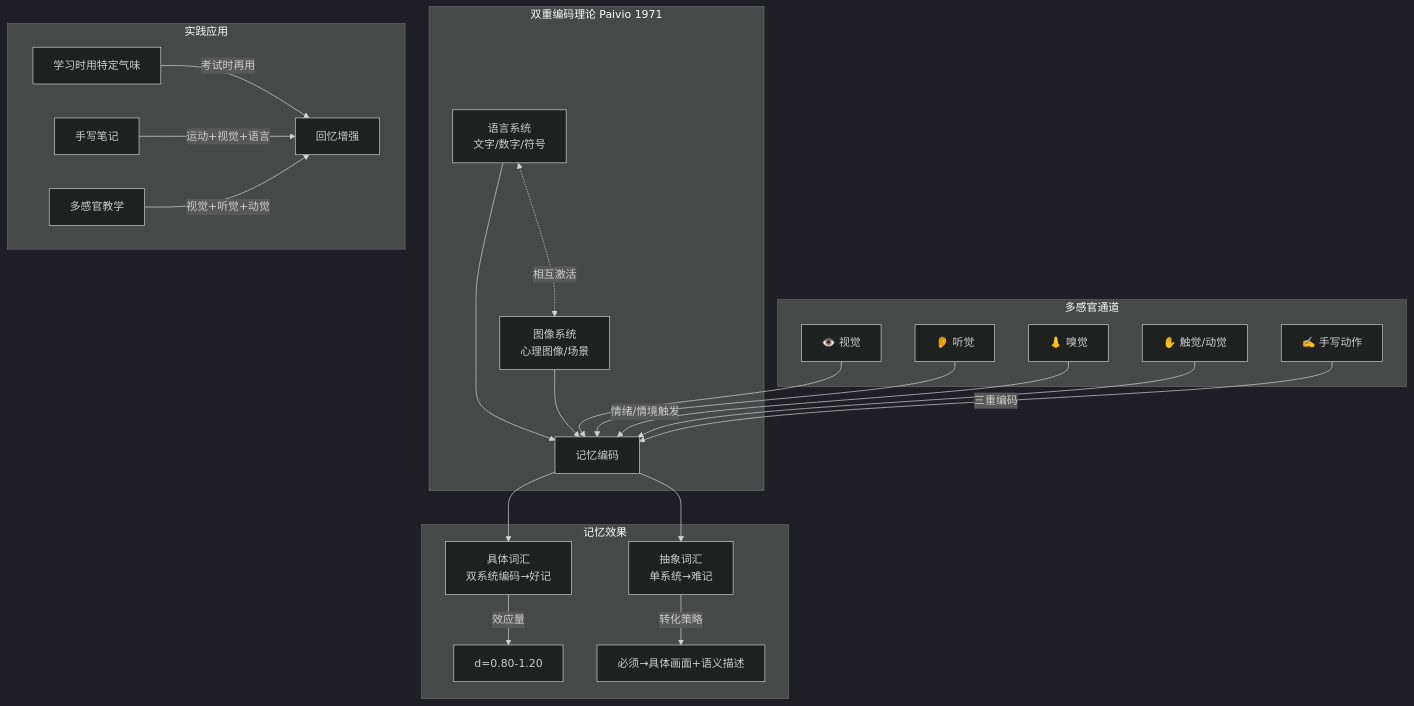
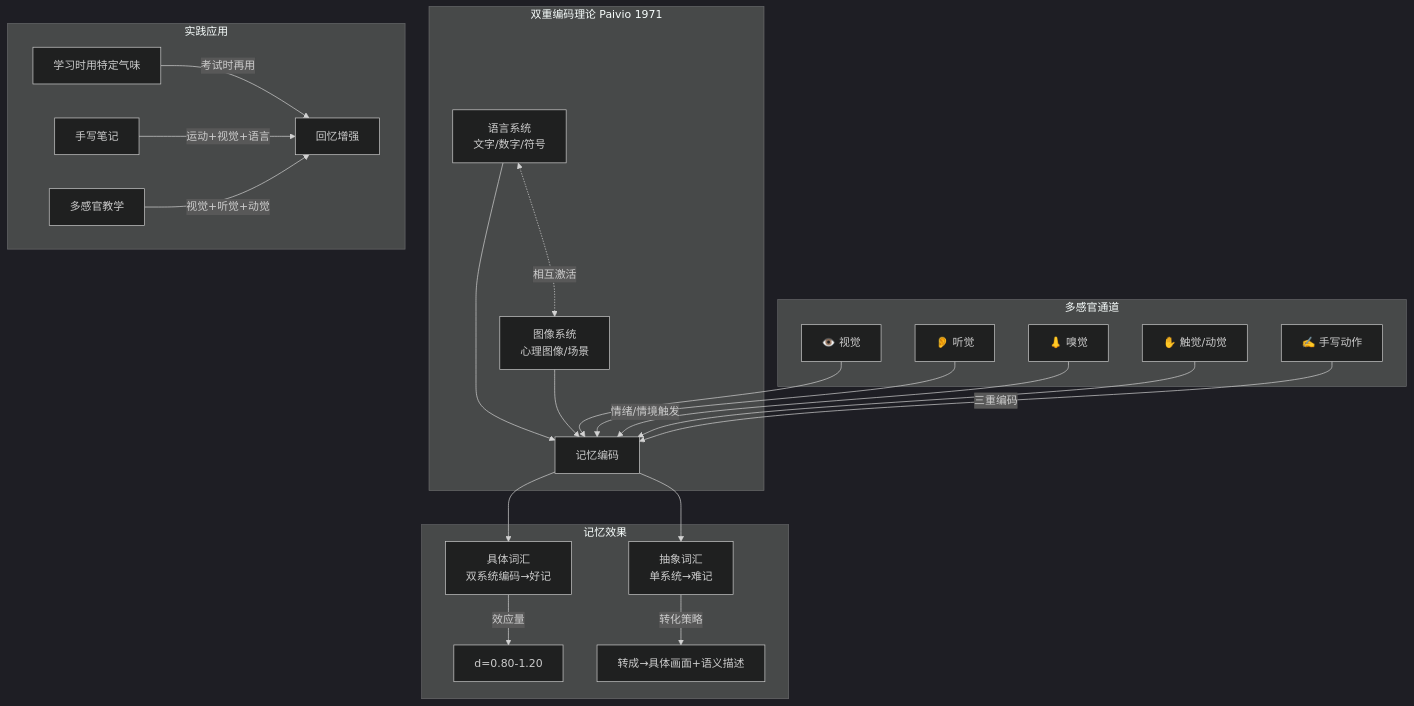
Before and after one commit to brother2050/memory-guide: the diagram in 28-多感官记忆编码.md, drawn with Mermaid (dark theme). The commit also changed other lines of this file and 254 other files, not shown here.

````diff
--- a/28-多感官记忆编码.md
+++ b/28-多感官记忆编码.md
@@ -57,29 +57,29 @@
 ```mermaid
 graph TD
     subgraph DUAL["双重编码理论 Paivio 1971"]
         VERBAL["语言系统\n文字/数字/符号"] --> ENCODE["记忆编码"]
         IMAGE["图像系统\n心理图像/场景"] --> ENCODE
         VERBAL <-.->|"相互激活"| IMAGE
     end
 
     subgraph MULTI["多感官通道"]
         VISUAL["👁️ 视觉"] --> ENCODE
         AUDITORY["👂 听觉"] --> ENCODE
         OLFACTORY["👃 嗅觉"] -->|"情绪/情境触发"| ENCODE
         TACTILE["✋ 触觉/动觉"] --> ENCODE
         MOTOR["✍️ 手写动作"] -->|"三重编码"| ENCODE
     end
 
     subgraph RESULT["记忆效果"]
         ENCODE --> CONCRETE["具体词汇\n双系统编码→好记"]
         ENCODE --> ABSTRACT["抽象词汇\n单系统→难记"]
         CONCRETE -->|"效应量"| EFFECT["d=0.80-1.20"]
-        ABSTRACT -->|"转化策略"| STRATEGY["必须→具体画面+语义描述"]
+        ABSTRACT -->|"转化策略"| STRATEGY["转成→具体画面+语义描述"]
     end
 
     subgraph PRACTICE["实践应用"]
         SCENT["学习时用特定气味"] -->|"考试时再用"| RECALL_ENHANCE["回忆增强"]
         HANDWRITE["手写笔记"] -->|"运动+视觉+语言"| RECALL_ENHANCE
         MULTIMODAL["多感官教学"] -->|"视觉+听觉+动觉"| RECALL_ENHANCE
     end
 ```
````
